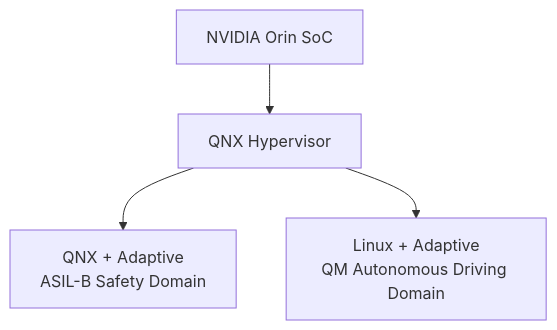
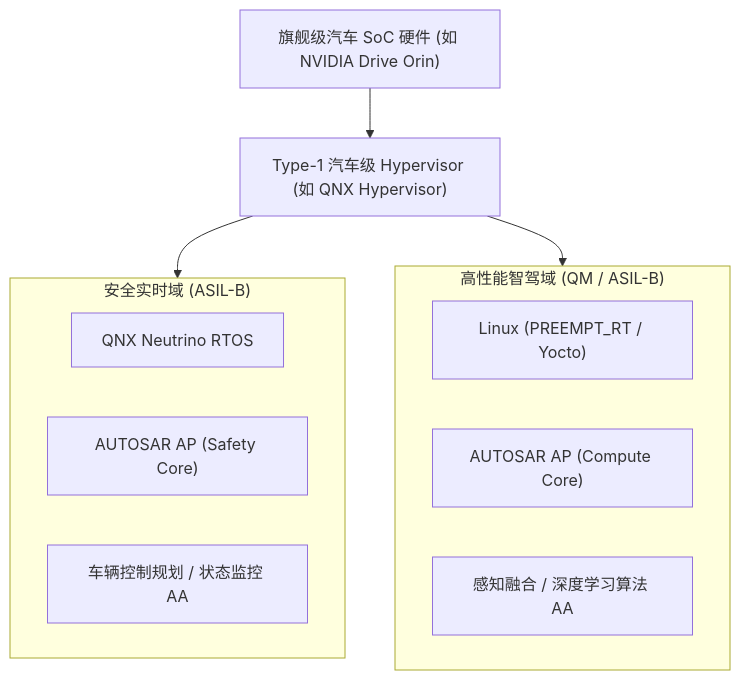
One commit to leehyon/garden changed the eighth of 8 diagrams in content/autosar/autosar-adaptive.md. Above: the diagram before and after it, drawn with Mermaid. The commit also changed other lines of this file, not shown here.

Commit message:
refactor: revise AUTOSAR Adaptive documentation

````diff
--- a/content/autosar/autosar-adaptive.md
+++ b/content/autosar/autosar-adaptive.md
@@ -673,16 +346,21 @@
 ```mermaid
 flowchart TB
+    HW["旗舰级汽车 SoC 硬件 (如 NVIDIA Drive Orin)"]
+    HV["Type-1 汽车级 Hypervisor (如 QNX Hypervisor)"]
 
-    HW["NVIDIA Orin SoC"]
+    subgraph VM1["安全实时域 (ASIL-B)"]
+        OS1["QNX Neutrino RTOS"]
+        AP1["AUTOSAR AP (Safety Core)"]
+        App1["车辆控制规划 / 状态监控 AA"]
+    end
 
-    HV["QNX Hypervisor"]
-
-    VM1["QNX + Adaptive<br/>ASIL-B Safety Domain"]
-
-    VM2["Linux + Adaptive<br/>QM Autonomous Driving Domain"]
+    subgraph VM2["高性能智驾域 (QM / ASIL-B)"]
+        OS2["Linux (PREEMPT_RT / Yocto)"]
+        AP2["AUTOSAR AP (Compute Core)"]
+        App2["感知融合 / 深度学习算法 AA"]
+    end
 
     HW --> HV
-
     HV --> VM1
     HV --> VM2
 ```
````
